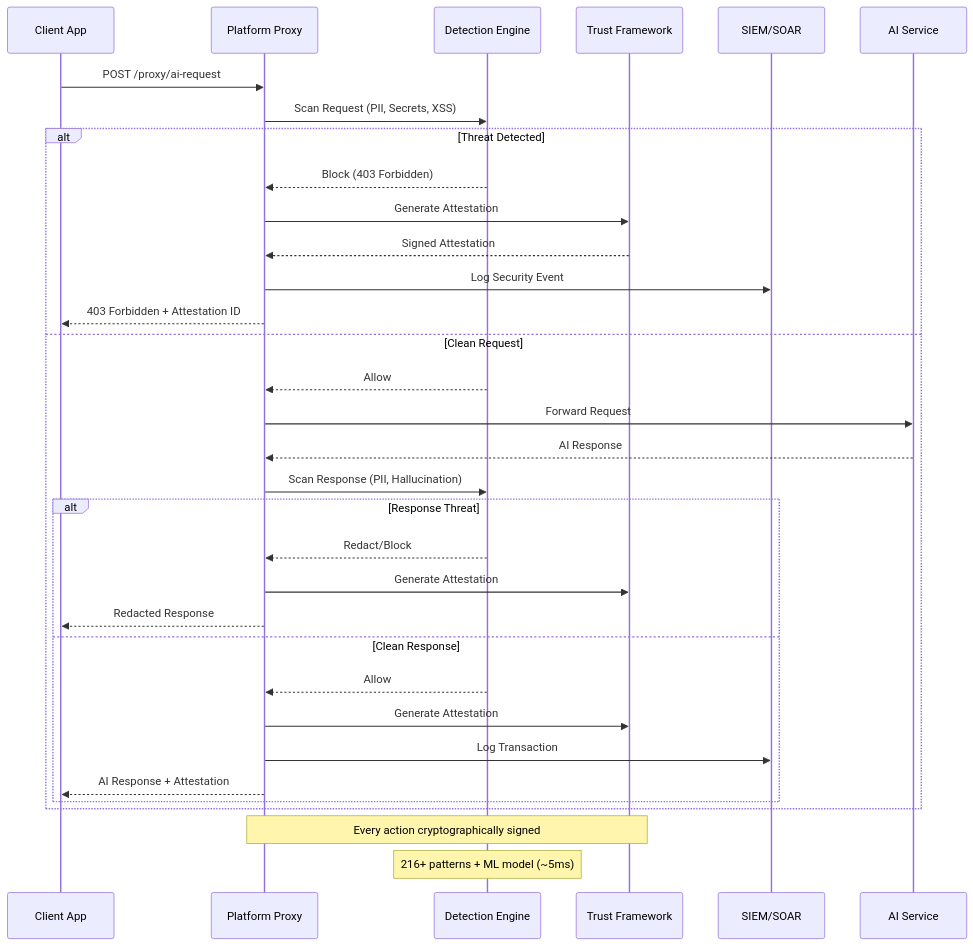
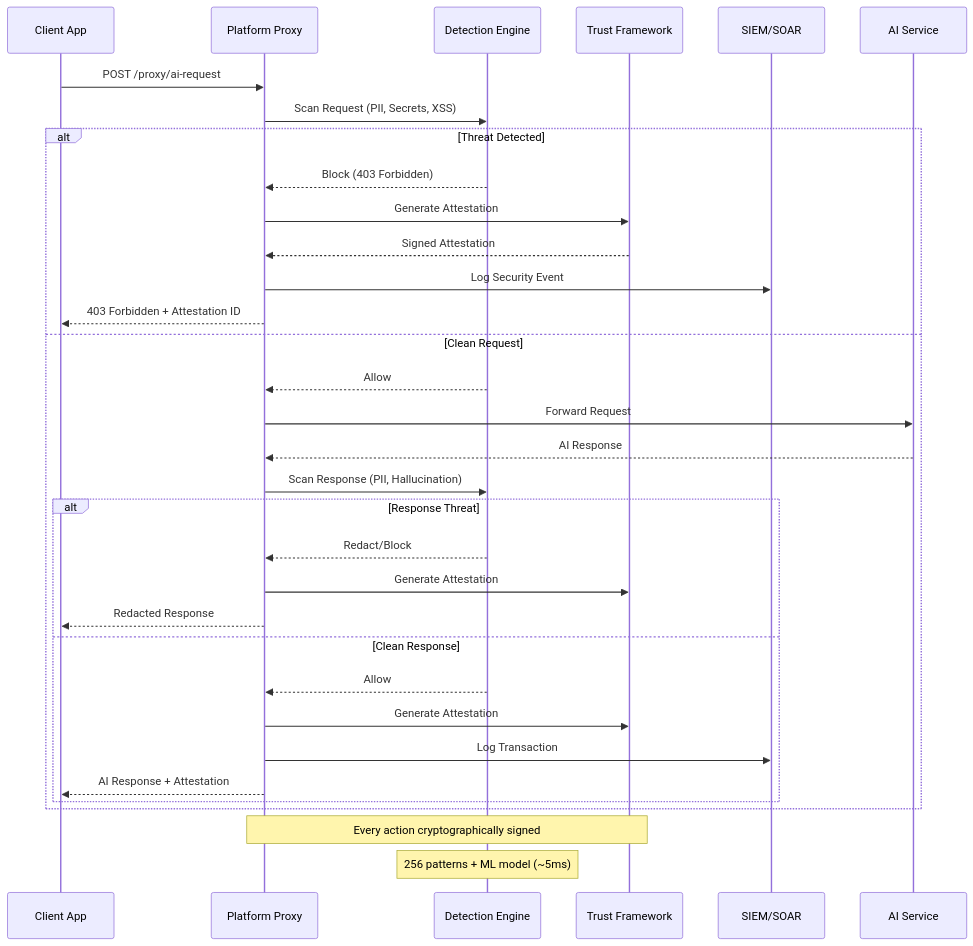
The second of 2 diagrams in content/platform/_index.md (aegisgatesecurity/aegisgate-site), drawn with Mermaid before and after one commit. The commit also changed other lines of this file and 16 other files, not shown here.

```diff
--- a/content/platform/_index.md
+++ b/content/platform/_index.md
@@ -223,39 +223,39 @@
 {{< mermaid >}}
 sequenceDiagram
     participant Client as Client App
     participant Proxy as Platform Proxy
     participant Scanner as Detection Engine
     participant Trust as Trust Framework
     participant SIEM as SIEM/SOAR
     participant AI as AI Service
 
     Client->>Proxy: POST /proxy/ai-request
     Proxy->>Scanner: Scan Request (PII, Secrets, XSS)
     
     alt Threat Detected
         Scanner-->>Proxy: Block (403 Forbidden)
         Proxy->>Trust: Generate Attestation
         Trust-->>Proxy: Signed Attestation
         Proxy->>SIEM: Log Security Event
         Proxy-->>Client: 403 Forbidden + Attestation ID
     else Clean Request
         Scanner-->>Proxy: Allow
         Proxy->>AI: Forward Request
         AI-->>Proxy: AI Response
         Proxy->>Scanner: Scan Response (PII, Hallucination)
         
         alt Response Threat
             Scanner-->>Proxy: Redact/Block
             Proxy->>Trust: Generate Attestation
             Proxy-->>Client: Redacted Response
         else Clean Response
             Scanner-->>Proxy: Allow
             Proxy->>Trust: Generate Attestation
             Proxy->>SIEM: Log Transaction
             Proxy-->>Client: AI Response + Attestation
         end
     end
 
     Note over Proxy,Trust: Every action cryptographically signed
-    Note over Scanner: 216+ patterns + ML model (~5ms)
+    Note over Scanner: 256 patterns + ML model (~5ms)
 {{< /mermaid >}}
```
